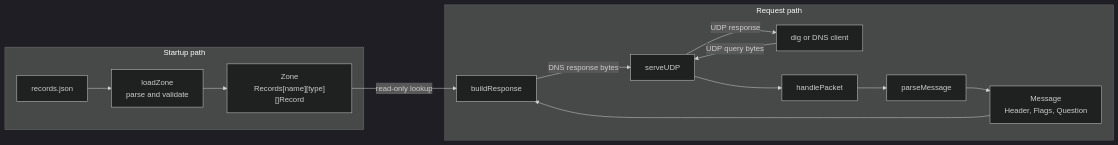
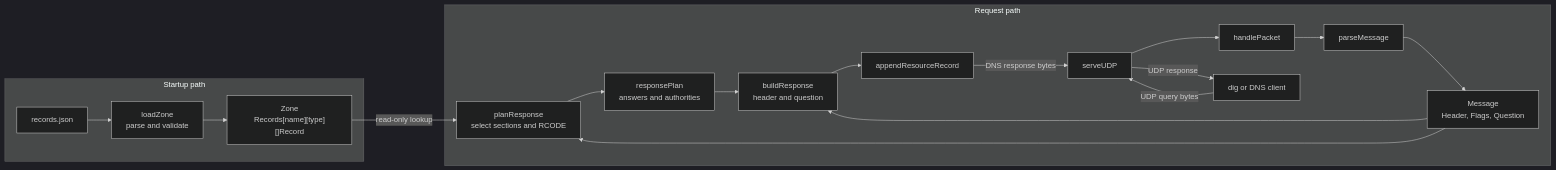
One commit to ZhuoqunWei/dns-resolver changed the diagram in docs/architecture.md. Above: the diagram before and after it, drawn with Mermaid (dark theme). The commit also changed other lines of this file and 10 other files, not shown here.

Commit message:
Add authoritative DNS record responses

````diff
--- a/docs/architecture.md
+++ b/docs/architecture.md
@@ -11,30 +11,37 @@
 ```mermaid
 flowchart LR
     subgraph Startup["Startup path"]
         JSON["records.json"]
         Loader["loadZone<br/>parse and validate"]
         ZoneStore["Zone<br/>Records[name][type][]Record"]
 
         JSON --> Loader
         Loader --> ZoneStore
     end
 
     subgraph Query["Request path"]
         Client["dig or DNS client"]
         UDP["serveUDP"]
         Handler["handlePacket"]
         Parser["parseMessage"]
         Message["Message<br/>Header, Flags, Question"]
-        Builder["buildResponse"]
+        Planner["planResponse<br/>select sections and RCODE"]
+        Plan["responsePlan<br/>answers and authorities"]
+        Builder["buildResponse<br/>header and question"]
+        Encoder["appendResourceRecord"]
 
         Client -->|"UDP query bytes"| UDP
         UDP --> Handler
         Handler --> Parser
         Parser --> Message
+        Message --> Planner
+        Planner --> Plan
         Message --> Builder
-        Builder -->|"DNS response bytes"| UDP
+        Plan --> Builder
+        Builder --> Encoder
+        Encoder -->|"DNS response bytes"| UDP
         UDP -->|"UDP response"| Client
     end
 
-    ZoneStore -->|"read-only lookup"| Builder
+    ZoneStore -->|"read-only lookup"| Planner
 ```
````
